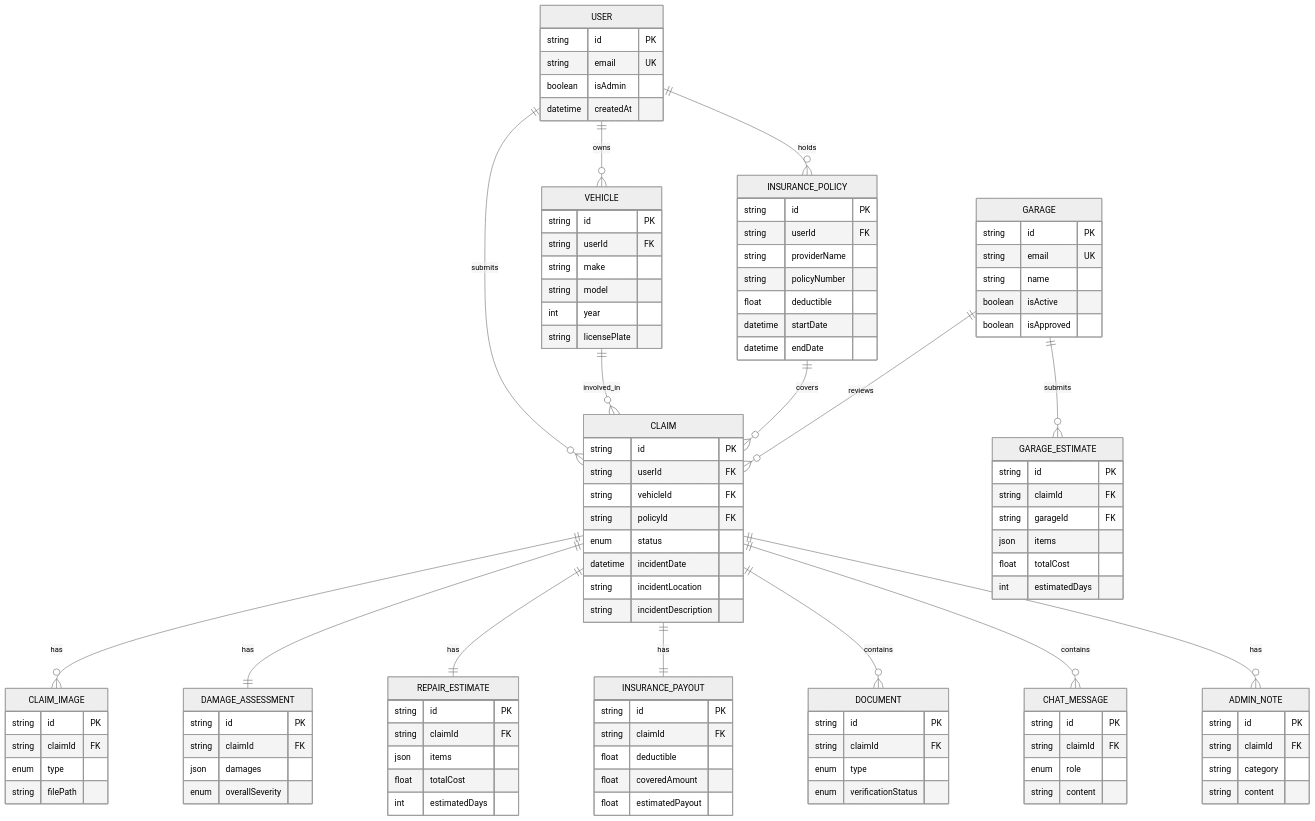
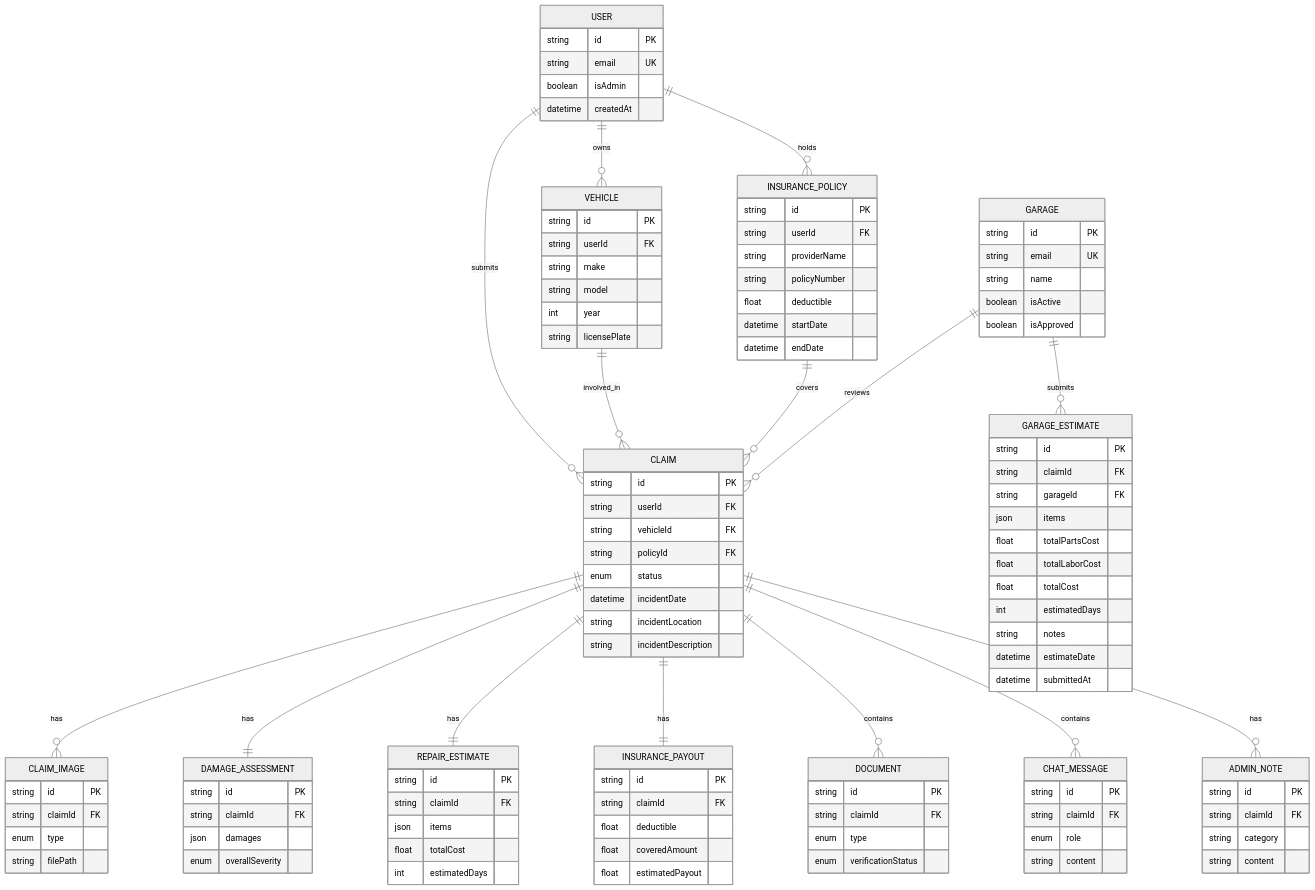
Before and after one commit to NaveenHiranya/Smart-Vehicle-Insurance-Claim-System: the ninth of 10 diagrams in .qoder/repowiki/en/content/Backend Documentation/Garage Management System.md, drawn with Mermaid (neutral theme). The commit also changed other lines of this file and 38 other files, not shown here.

```diff
--- a/.qoder/repowiki/en/content/Backend Documentation/Garage Management System.md
+++ b/.qoder/repowiki/en/content/Backend Documentation/Garage Management System.md
@@ -375,8 +471,13 @@
 string claimId FK
 string garageId FK
 json items
+float totalPartsCost
+float totalLaborCost
 float totalCost
 int estimatedDays
+string notes
+datetime estimateDate
+datetime submittedAt
 }
 USER ||--o{ VEHICLE : owns
 USER ||--o{ INSURANCE_POLICY : holds
```
